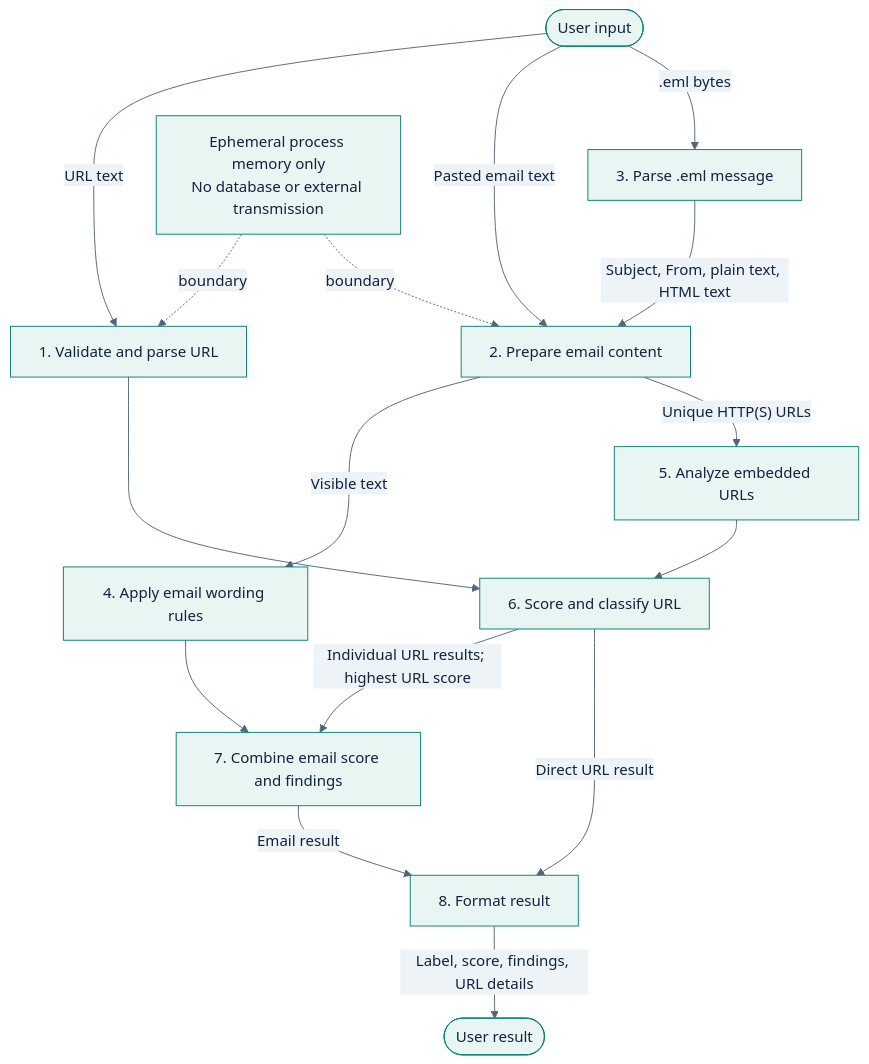
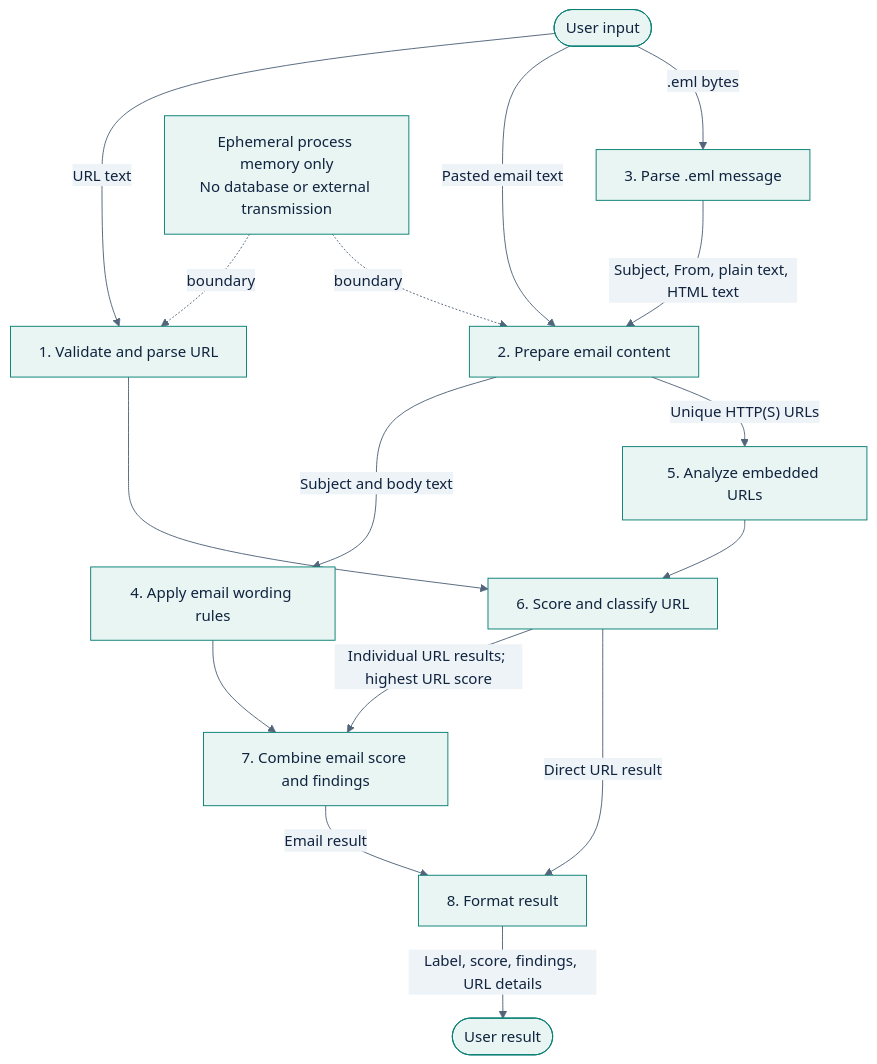
The diagram in docs/diagrams/data-flow-level-1.mmd (Tyreezebreezy/capstone-phishing-detector), drawn with Mermaid before and after one commit. The commit also changed 29 other files, not shown here.

Commit message:
Polish project documentation and correct implementation diagrams

```diff
--- a/docs/diagrams/data-flow-level-1.mmd
+++ b/docs/diagrams/data-flow-level-1.mmd
@@ -1,19 +1,19 @@
 %%{init: {"theme":"base","themeVariables":{"primaryColor":"#e8f5f2","primaryTextColor":"#10233f","primaryBorderColor":"#087f75","lineColor":"#52657a","secondaryColor":"#eef3f7","tertiaryColor":"#fff7df","fontFamily":"Arial"}}}%%
 flowchart TD
     UserIn([User input]) -->|URL text| P1[1. Validate and parse URL]
     UserIn -->|Pasted email text| P2[2. Prepare email content]
     UserIn -->|.eml bytes| P3[3. Parse .eml message]
     P3 -->|Subject, From, plain text, HTML text| P2
-    P2 -->|Visible text| P4[4. Apply email wording rules]
+    P2 -->|Subject and body text| P4[4. Apply email wording rules]
     P2 -->|"Unique HTTP(S) URLs"| P5[5. Analyze embedded URLs]
     P1 --> P6[6. Score and classify URL]
     P5 --> P6
     P4 --> P7[7. Combine email score and findings]
     P6 -->|Individual URL results; highest URL score| P7
     P6 -->|Direct URL result| Output[8. Format result]
     P7 -->|Email result| Output
     Output -->|Label, score, findings, URL details| UserOut([User result])
 
     Memory["Ephemeral process memory only<br/>No database or external transmission"]
     Memory -. boundary .-> P1
     Memory -. boundary .-> P2
```
